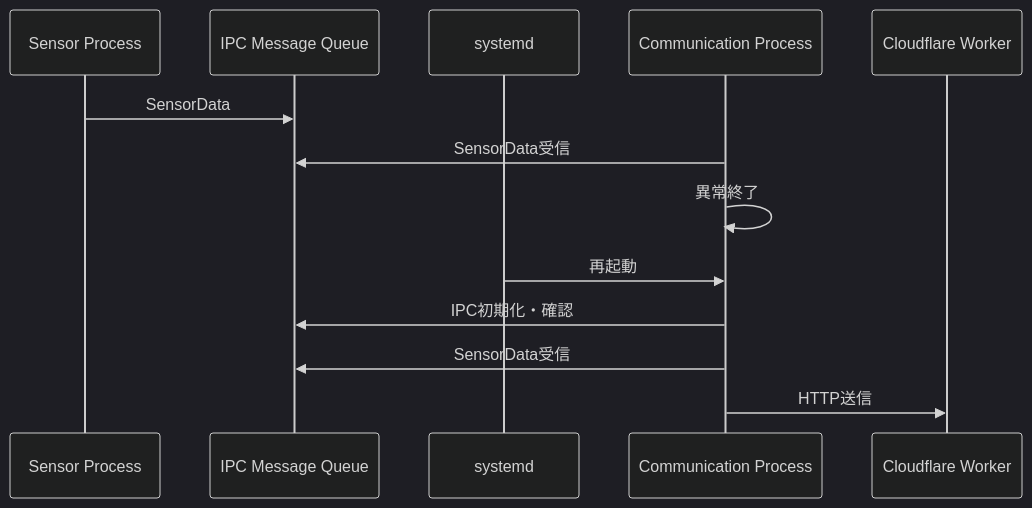
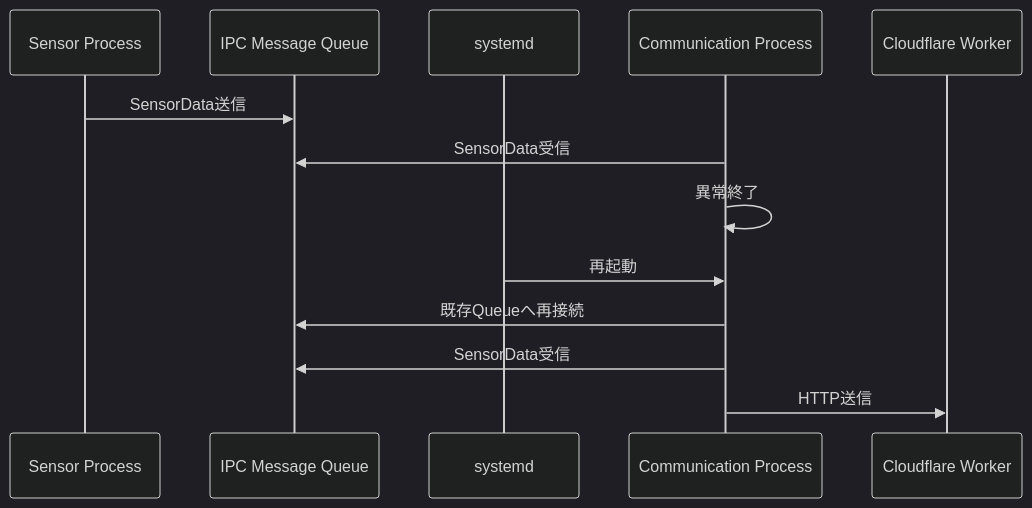
Before and after one commit to yujimasuda77777/Raspberry_Pi_4B_Edge_IoT_System: the sixth of 15 diagrams in docs/06_system_management_security.md, drawn with Mermaid (dark theme). The commit also changed other lines of this file and 1 other file, not shown here.

````diff
--- a/docs/06_system_management_security.md
+++ b/docs/06_system_management_security.md
@@ -310,18 +352,18 @@
 ```mermaid
 sequenceDiagram
     participant SP as Sensor Process
     participant IPC as IPC Message Queue
     participant SD as systemd
     participant CP as Communication Process
     participant W as Cloudflare Worker
 
-    SP->>IPC: SensorData
+    SP->>IPC: SensorData送信
     CP->>IPC: SensorData受信
 
     CP->>CP: 異常終了
     SD->>CP: 再起動
 
-    CP->>IPC: IPC初期化・確認
+    CP->>IPC: 既存Queueへ再接続
     CP->>IPC: SensorData受信
     CP->>W: HTTP送信
 ```
````
